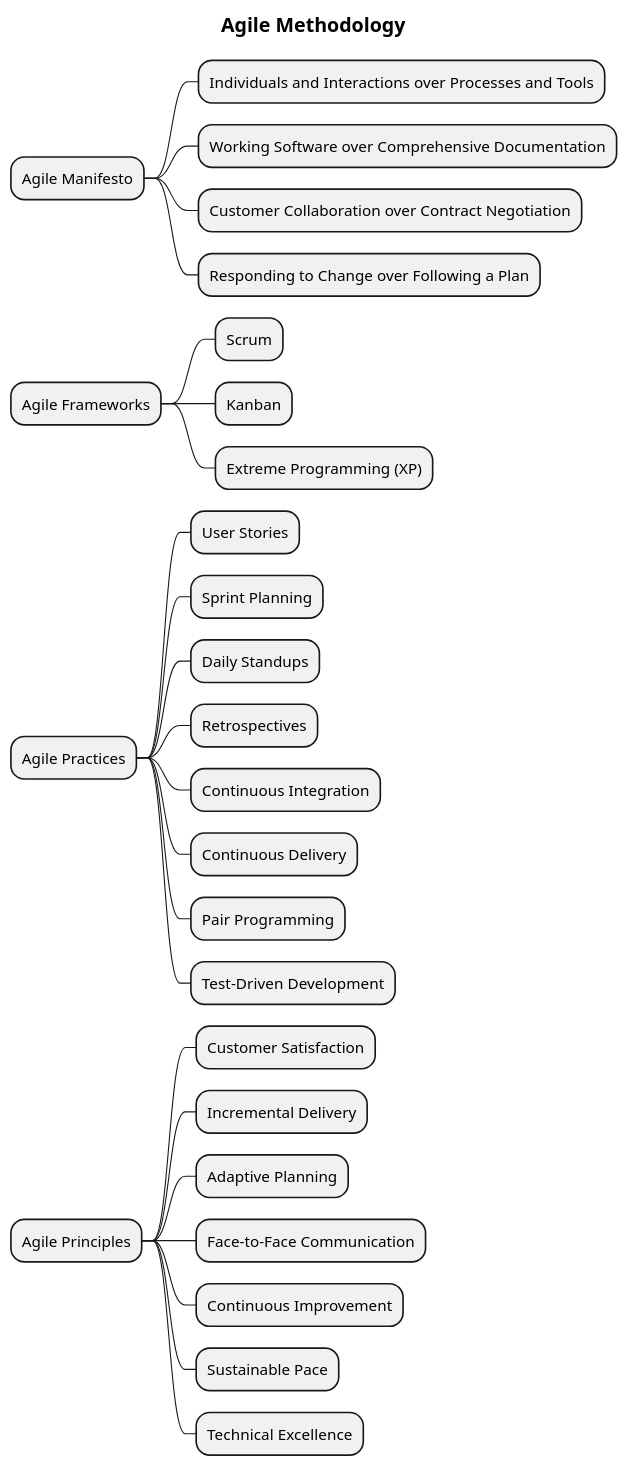
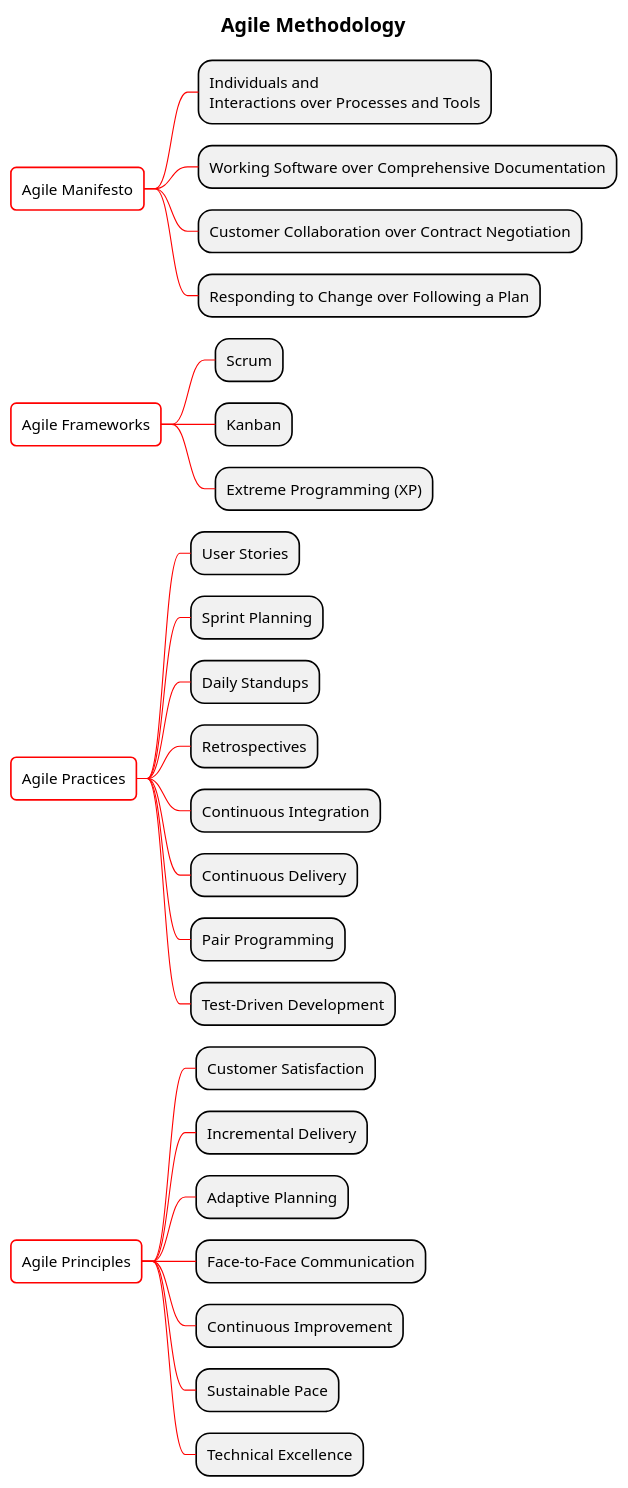
One commit to MehmoodHashmi/Documentation-as-Code-DaC changed the diagram in docs/Requirement-Engineering/Agile-Methodology.puml. Above: the diagram before and after it, drawn with PlantUML. The commit also changed 32 other files, not shown here.

Commit message:
add new mindmaps and fixed 5-W and 2H mindmap added little fix also added open-ended questions

```diff
--- a/docs/Requirement-Engineering/Agile-Methodology.puml
+++ b/docs/Requirement-Engineering/Agile-Methodology.puml
@@ -1,32 +1,70 @@
 @startmindmap
+<style>
+mindmapDiagram {
+  // all lines (meaning connector and borders, there are no other lines in WBS) are black by default
+  Linecolor black
+  arrow {
+    // note that connector are actually "arrow" even if they don't look like as arrow
+    // This is to be consistent with other UML diagrams. Not 100% sure that it's a good idea
+    // So now connector are green
+    LineColor green
+  }
+  :depth(0) {
+      // will target root node
+      BackgroundColor White
+      RoundCorner 10
+      LineColor red
+      // Because we are targetting depth(0) for everything, border and connector for level 0 will be red
+  }
+  arrow {
+    :depth(2) {
+      // Targetting only connector between Mexico-Chihuahua and USA-Texas
+      LineColor blue
+      LineStyle 4
+      LineThickness .5
+    }
+  }
+  node {
+    :depth(2) {
+      LineStyle 2
+      LineThickness 2.5
+    }
+  }
+  boxless {
+    // will target boxless node with '_'
+    FontColor darkgreen
+  }
+}
+</style>
 
 title = Agile Methodology
 
 * Agile Manifesto
-** Individuals and Interactions over Processes and Tools
+**:Individuals and
+Interactions over Processes and Tools;
 ** Working Software over Comprehensive Documentation
 ** Customer Collaboration over Contract Negotiation
 ** Responding to Change over Following a Plan
 * Agile Frameworks
 ** Scrum
 ** Kanban
 ** Extreme Programming (XP)
 * Agile Practices
 ** User Stories
 ** Sprint Planning
 ** Daily Standups
 ** Retrospectives
 ** Continuous Integration
 ** Continuous Delivery
 ** Pair Programming
 ** Test-Driven Development
 * Agile Principles
 ** Customer Satisfaction
 ** Incremental Delivery
 ** Adaptive Planning
 ** Face-to-Face Communication
 ** Continuous Improvement
 ** Sustainable Pace
 ** Technical Excellence
 
 @endmindmap
```
